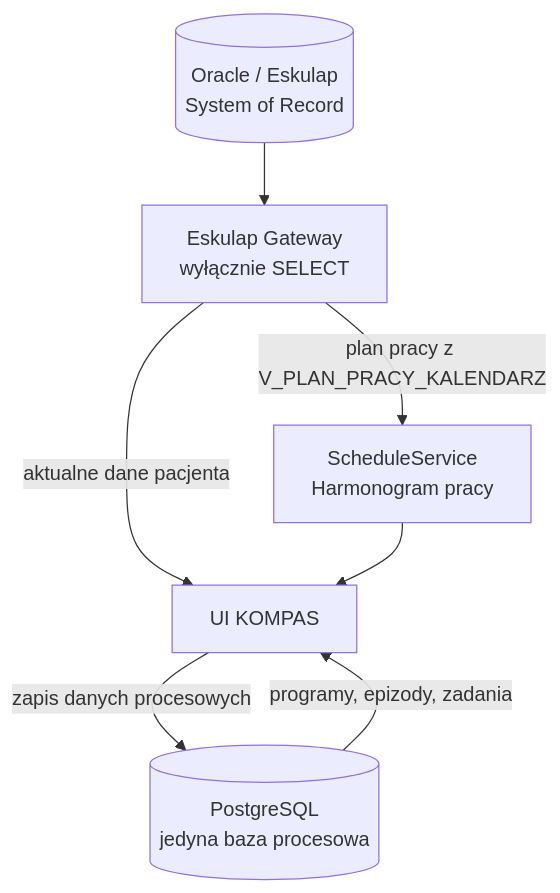
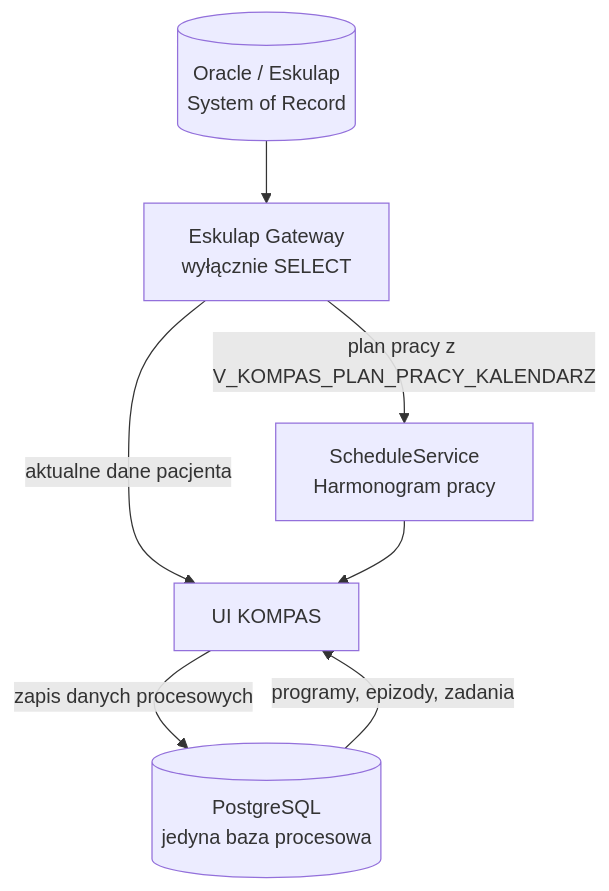
One commit to psychlodz/panel-koordynatora changed the diagram in docs/DATABASE_ARCHITECTURE.md. Above: the diagram before and after it, drawn with Mermaid. The commit also changed other lines of this file and 15 other files, not shown here.

````diff
--- a/docs/DATABASE_ARCHITECTURE.md
+++ b/docs/DATABASE_ARCHITECTURE.md
@@ -76,15 +81,15 @@
 ```mermaid
 flowchart TB
     O[("Oracle / Eskulap\nSystem of Record")]
     G["Eskulap Gateway\nwyłącznie SELECT"]
     UI["UI KOMPAS"]
     P[("PostgreSQL\njedyna baza procesowa")]
     S["ScheduleService\nHarmonogram pracy"]
 
     O --> G
     G -->|"aktualne dane pacjenta"| UI
-    G -->|"plan pracy z V_PLAN_PRACY_KALENDARZ"| S
+    G -->|"plan pracy z V_KOMPAS_PLAN_PRACY_KALENDARZ"| S
     S --> UI
     P -->|"programy, epizody, zadania"| UI
     UI -->|"zapis danych procesowych"| P
 ```
````
